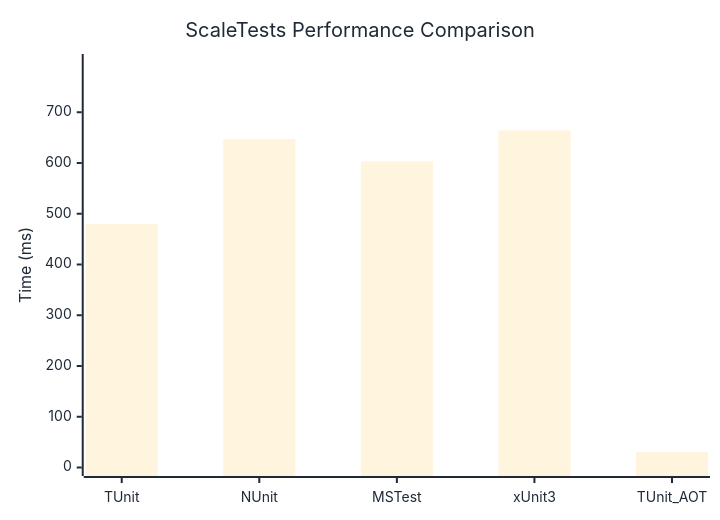
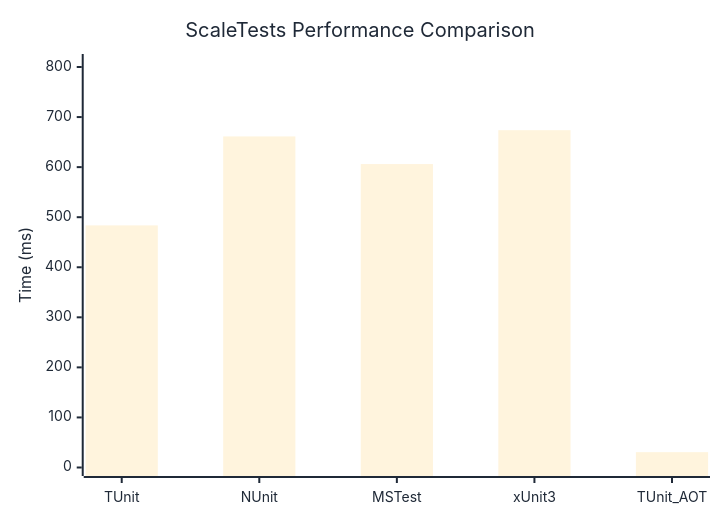
One commit to thomhurst/TUnit changed the diagram in docs/docs/benchmarks/ScaleTests.md. Above: the diagram before and after it, drawn with Mermaid. The commit also changed other lines of this file and 17 other files, not shown here.

````diff
--- a/docs/docs/benchmarks/ScaleTests.md
+++ b/docs/docs/benchmarks/ScaleTests.md
@@ -27,37 +27,37 @@
 ```mermaid
 %%{init: {
   'theme':'base',
   'themeVariables': {
     'primaryColor': '#2563eb',
     'primaryTextColor': '#1f2937',
     'primaryBorderColor': '#1e40af',
     'lineColor': '#6b7280',
     'secondaryColor': '#7c3aed',
     'tertiaryColor': '#dc2626',
     'background': '#ffffff',
     'mainBkg': '#2563eb',
     'secondBkg': '#7c3aed',
     'tertiaryBkg': '#dc2626',
     'clusterBkg': '#f3f4f6',
     'edgeLabelBackground': '#ffffff',
     'tertiaryTextColor': '#1f2937',
     'pie1': '#2563eb',
     'pie2': '#7c3aed',
     'pie3': '#dc2626',
     'pie4': '#f59e0b',
     'pie5': '#10b981',
     'pie6': '#06b6d4',
     'pie7': '#ec4899',
     'pie8': '#6366f1',
     'pie9': '#84cc16',
     'pie10': '#f97316',
     'pie11': '#14b8a6',
     'pie12': '#a855f7'
   }
 }}%%
 xychart-beta
   title "ScaleTests Performance Comparison"
   x-axis ["TUnit", "NUnit", "MSTest", "xUnit3", "TUnit_AOT"]
-  y-axis "Time (ms)" 0 --> 798
-  bar [479.74, 647.18, 602.85, 664.23, 30.42]
+  y-axis "Time (ms)" 0 --> 809
+  bar [483.61, 661.32, 606.12, 673.78, 30.62]
 ```
````
